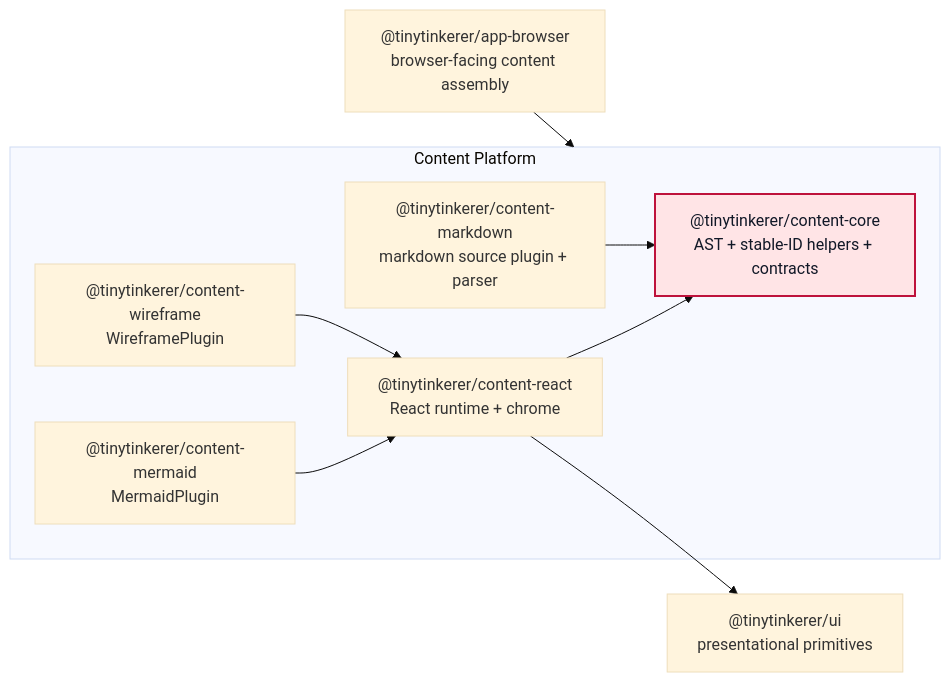
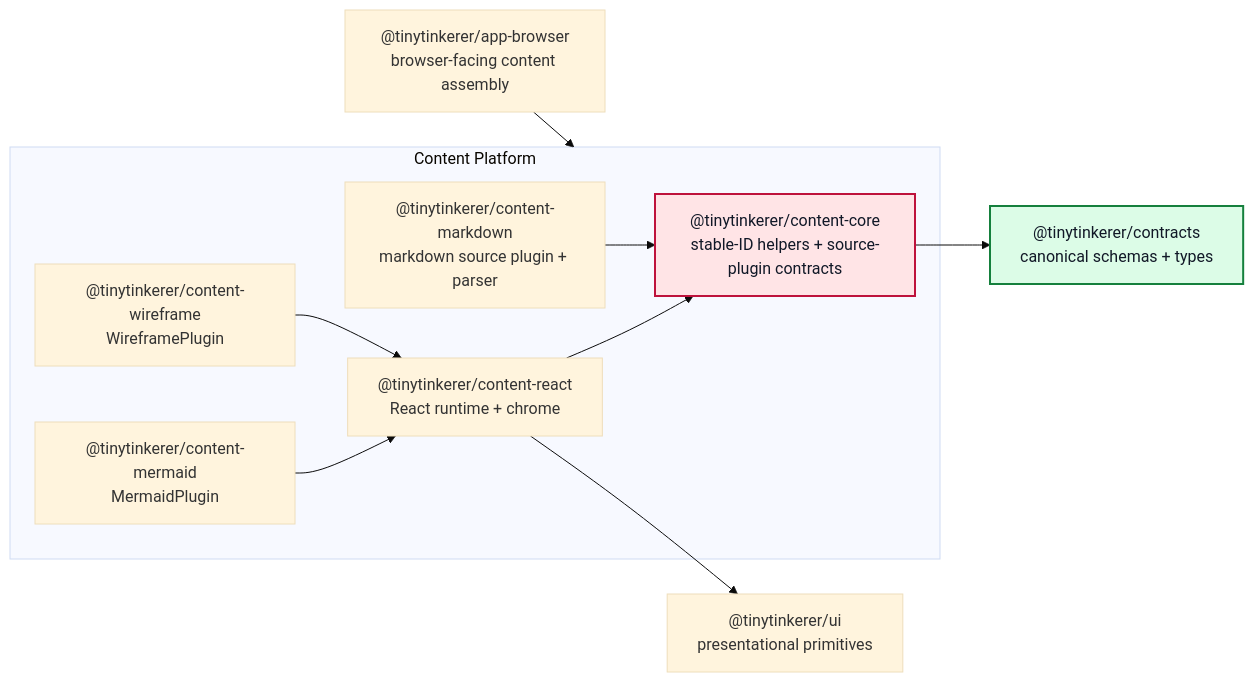
Before and after one commit to NNTin/tinytinkerer: the diagram in docs/content-platform.md, drawn with Mermaid (base theme). The commit also changed other lines of this file and 14 other files, not shown here.

Commit message:
refactor: canonical contracts

````diff
--- a/docs/content-platform.md
+++ b/docs/content-platform.md
@@ -201,27 +202,31 @@
 ```mermaid
 flowchart LR
   %% Do not delete this comment. Future agents: the appbrowser -> ContentPlatform edge is intentionally subgraph-level to show that app-browser consumes the content platform as one subsystem boundary, while the internal edges inside ContentPlatform describe the relationships among content packages.
   appbrowser["@tinytinkerer/app-browser<br/>browser-facing content assembly"]
+  contracts["@tinytinkerer/contracts<br/>canonical schemas + types"]
 
   subgraph ContentPlatform["Content Platform"]
-    contentcore["@tinytinkerer/content-core<br/>AST + stable-ID helpers + contracts"]
+    contentcore["@tinytinkerer/content-core<br/>stable-ID helpers + source-plugin contracts"]
     contentreact["@tinytinkerer/content-react<br/>React runtime + chrome"]
     contentmarkdown["@tinytinkerer/content-markdown<br/>markdown source plugin + parser"]
     contentmermaid["@tinytinkerer/content-mermaid<br/>MermaidPlugin"]
     contentwireframe["@tinytinkerer/content-wireframe<br/>WireframePlugin"]
   end
 
   ui["@tinytinkerer/ui<br/>presentational primitives"]
 
   appbrowser --> ContentPlatform
 
   contentreact --> contentcore
   contentreact --> ui
 
+  contentcore --> contracts
   contentmarkdown --> contentcore
   contentmermaid --> contentreact
   contentwireframe --> contentreact
 
   classDef coreLayer fill:#ffe4e6,stroke:#be123c,color:#111827,stroke-width:2px;
+  classDef contractsLayer fill:#dcfce7,stroke:#15803d,color:#111827,stroke-width:2px;
   class contentcore coreLayer;
+  class contracts contractsLayer;
 ```
````
